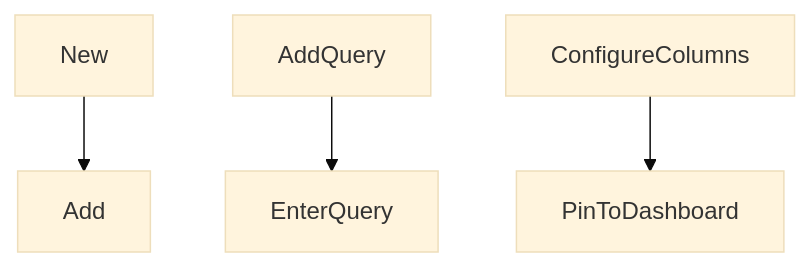
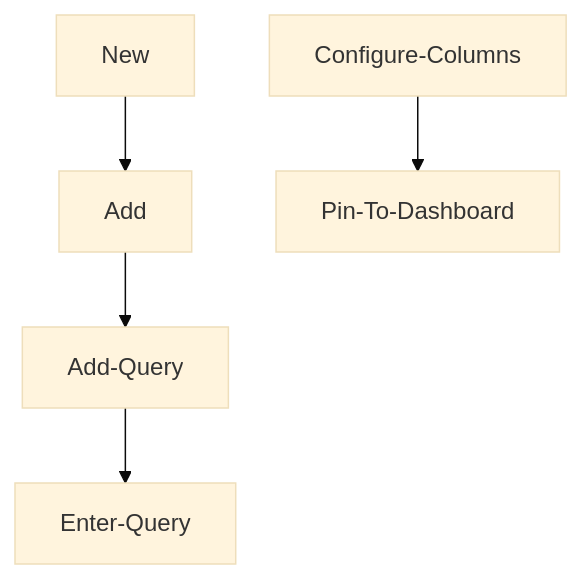
Before and after one commit to OliverAdams/angryadmin: the diagram in azure-workbooks.md, drawn with Mermaid (base theme).

````diff
--- a/azure-workbooks.md
+++ b/azure-workbooks.md
@@ -6,6 +6,7 @@
 ```mermaid
 graph TD;
     New-->Add;
-    AddQuery-->EnterQuery;
-    ConfigureColumns-->PinToDashboard;    
+    Add-->Add-Query;
+    Add-Query-->Enter-Query;
+    Configure-Columns-->Pin-To-Dashboard;    
 ```
````
